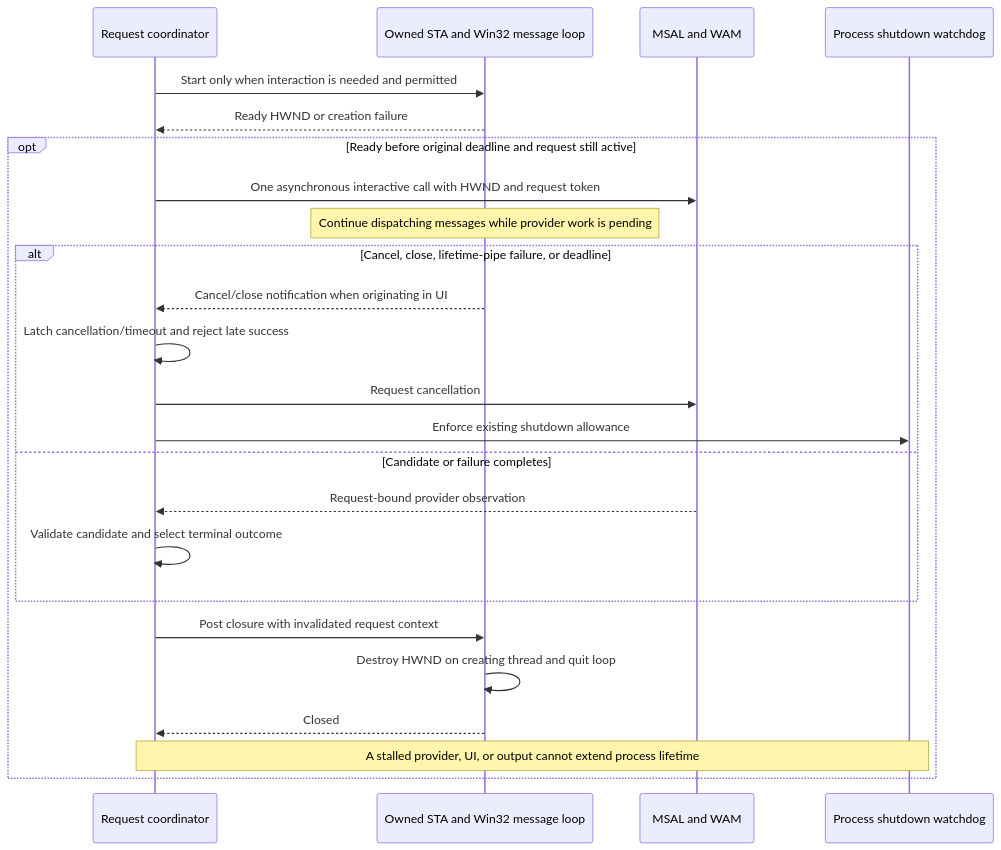
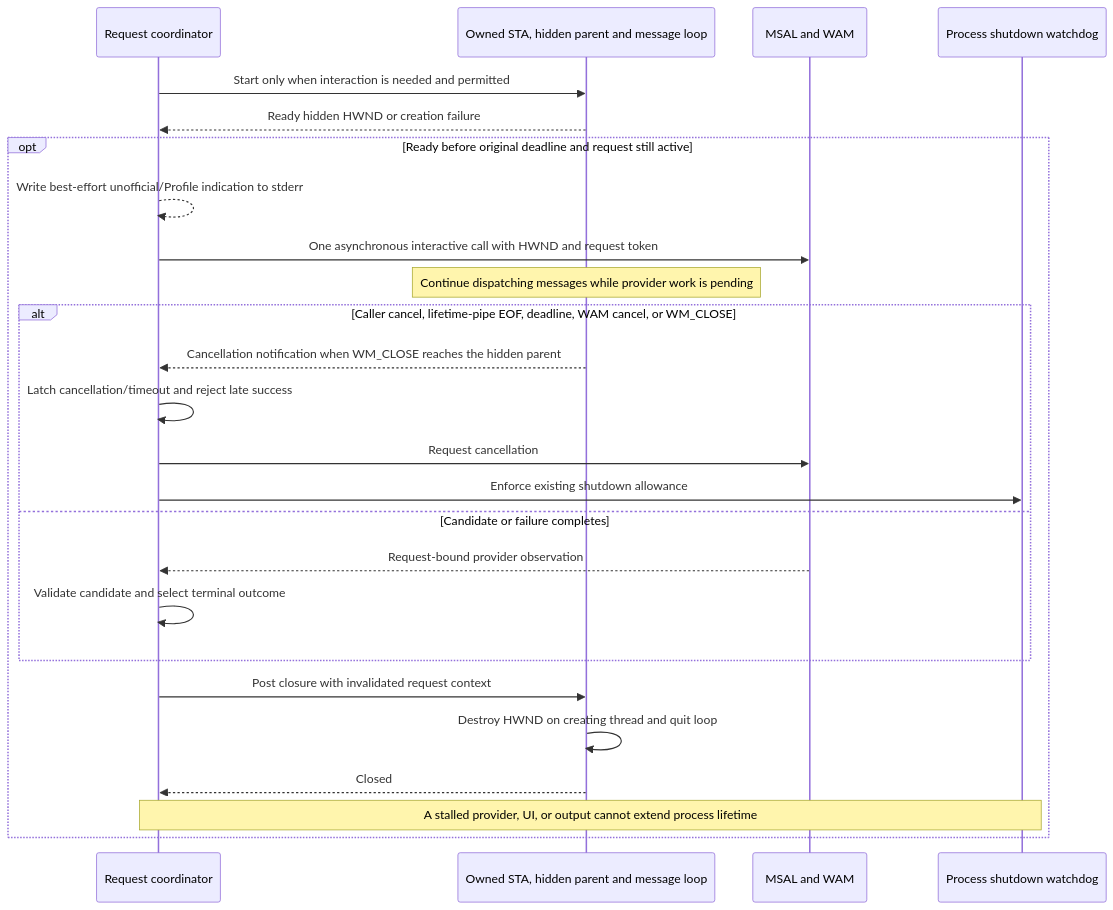
The third of 4 diagrams in docs/designs/windows-ado-authentication.md (hcoona/microsoft-authentication-cli), drawn with Mermaid before and after one commit. The commit also changed other lines of this file and 10 other files, not shown here.

````diff
--- a/docs/designs/windows-ado-authentication.md
+++ b/docs/designs/windows-ado-authentication.md
@@ -918,26 +828,27 @@
 ```mermaid
 sequenceDiagram
     participant C as Request coordinator
-    participant U as Owned STA and Win32 message loop
+    participant U as Owned STA, hidden parent and message loop
     participant P as MSAL and WAM
     participant W as Process shutdown watchdog
     C->>U: Start only when interaction is needed and permitted
-    U-->>C: Ready HWND or creation failure
+    U-->>C: Ready hidden HWND or creation failure
     opt Ready before original deadline and request still active
+        C-->>C: Write best-effort unofficial/Profile indication to stderr
         C->>P: One asynchronous interactive call with HWND and request token
         Note over U: Continue dispatching messages while provider work is pending
-        alt Cancel, close, lifetime-pipe failure, or deadline
-            U-->>C: Cancel/close notification when originating in UI
+        alt Caller cancel, lifetime-pipe EOF, deadline, WAM cancel, or WM_CLOSE
+            U-->>C: Cancellation notification when WM_CLOSE reaches the hidden parent
             C->>C: Latch cancellation/timeout and reject late success
             C->>P: Request cancellation
             C->>W: Enforce existing shutdown allowance
         else Candidate or failure completes
             P-->>C: Request-bound provider observation
             C->>C: Validate candidate and select terminal outcome
         end
         C->>U: Post closure with invalidated request context
         U->>U: Destroy HWND on creating thread and quit loop
         U-->>C: Closed
         Note over C,W: A stalled provider, UI, or output cannot extend process lifetime
     end
 ```
````
